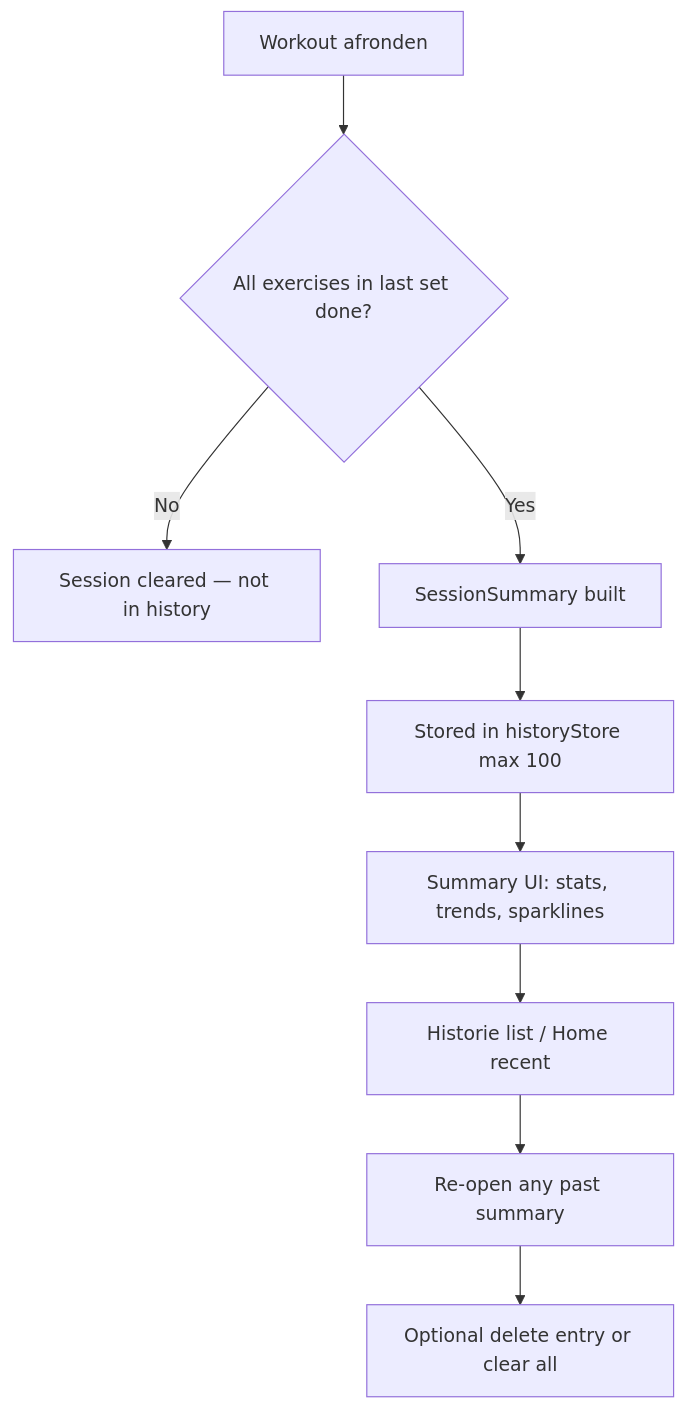
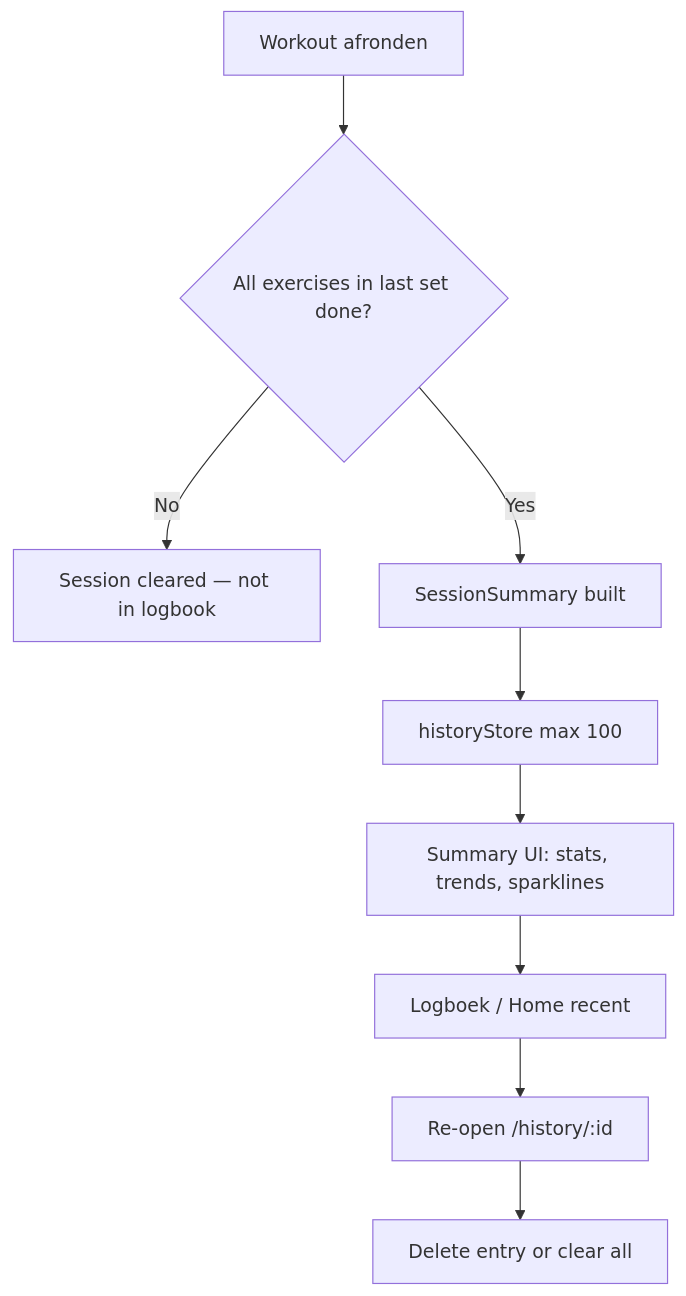
The fifth of 5 diagrams in ARCHITECTURE.md (ingmarstruijs/solo), drawn with Mermaid before and after one commit. The commit also changed other lines of this file and 12 other files, not shown here.

First line of the commit message:
Refine session nav UX and sync architecture docs with README.

````diff
--- a/ARCHITECTURE.md
+++ b/ARCHITECTURE.md
@@ -89,11 +145,11 @@
 ```mermaid
 graph TD
   A[Workout afronden] --> B{All exercises in last set done?}
-  B -- No --> C[Session cleared — not in history]
+  B -- No --> C[Session cleared — not in logbook]
   B -- Yes --> D[SessionSummary built]
-  D --> E[Stored in historyStore max 100]
+  D --> E[historyStore max 100]
   E --> F[Summary UI: stats, trends, sparklines]
-  F --> G[Historie list / Home recent]
-  G --> H[Re-open any past summary]
-  H --> I[Optional delete entry or clear all]
+  F --> G[Logboek / Home recent]
+  G --> H[Re-open /history/:id]
+  H --> I[Delete entry or clear all]
 ```
````
